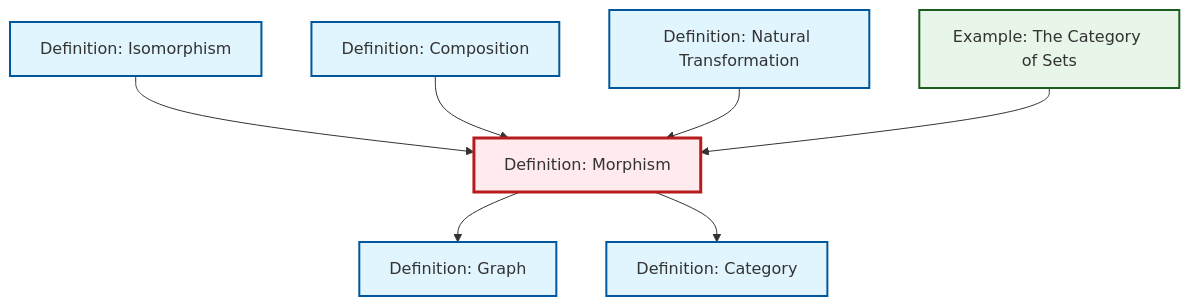
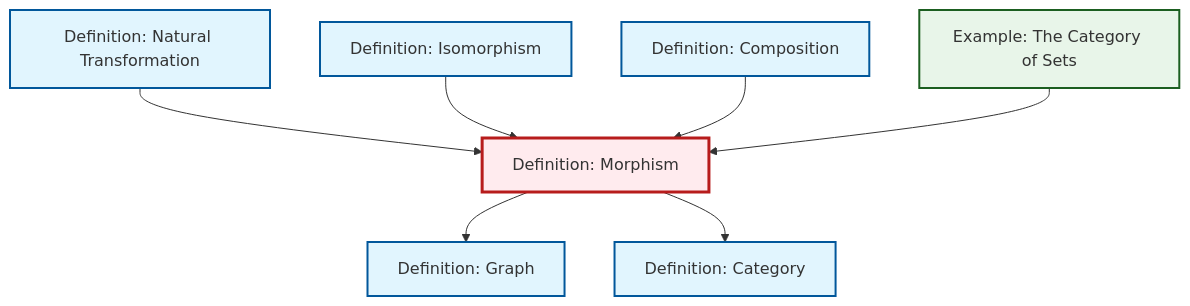
The diagram in content/en/category-theory/def-morphism.qmd (RK0429/ModernMath), drawn with Mermaid before and after one commit. The commit also changed other lines of this file and 491 other files, not shown here.

````diff
--- a/content/en/category-theory/def-morphism.qmd
+++ b/content/en/category-theory/def-morphism.qmd
@@ -56,29 +56,29 @@
 ```{mermaid}
 %%| fig-cap: "Local dependency graph"
 graph TD
     classDef definition fill:#e1f5fe,stroke:#01579b,stroke-width:2px
     classDef theorem fill:#f3e5f5,stroke:#4a148c,stroke-width:2px
     classDef axiom fill:#fff3e0,stroke:#e65100,stroke-width:2px
     classDef example fill:#e8f5e9,stroke:#1b5e20,stroke-width:2px
     classDef current fill:#ffebee,stroke:#b71c1c,stroke-width:3px
+    def-composition["Definition: Composition"]:::definition
+    def-category["Definition: Category"]:::definition
     def-natural-transformation["Definition: Natural Transformation"]:::definition
+    def-morphism["Definition: Morphism"]:::definition
+    def-graph["Definition: Graph"]:::definition
     ex-set-category["Example: The Category of Sets"]:::example
-    def-category["Definition: Category"]:::definition
-    def-morphism["Definition: Morphism"]:::definition
-    def-composition["Definition: Composition"]:::definition
-    def-graph["Definition: Graph"]:::definition
     def-isomorphism["Definition: Isomorphism"]:::definition
+    def-natural-transformation --> def-morphism
+    def-morphism --> def-graph
     def-isomorphism --> def-morphism
     def-composition --> def-morphism
-    def-morphism --> def-graph
-    def-natural-transformation --> def-morphism
     def-morphism --> def-category
     ex-set-category --> def-morphism
     class def-morphism current
+    click def-composition "def-composition.html" "Go to Composition definition"
+    click def-category "def-category.html" "Go to Category definition"
     click def-natural-transformation "def-natural-transformation.html" "Go to Natural Transformation definition"
+    click def-graph "def-graph.html" "Go to Graph definition"
     click ex-set-category "ex-set-category.html" "Go to The Category of Sets example"
-    click def-category "def-category.html" "Go to Category definition"
-    click def-composition "def-composition.html" "Go to Composition definition"
-    click def-graph "def-graph.html" "Go to Graph definition"
     click def-isomorphism "def-isomorphism.html" "Go to Isomorphism definition"
 ```
````
